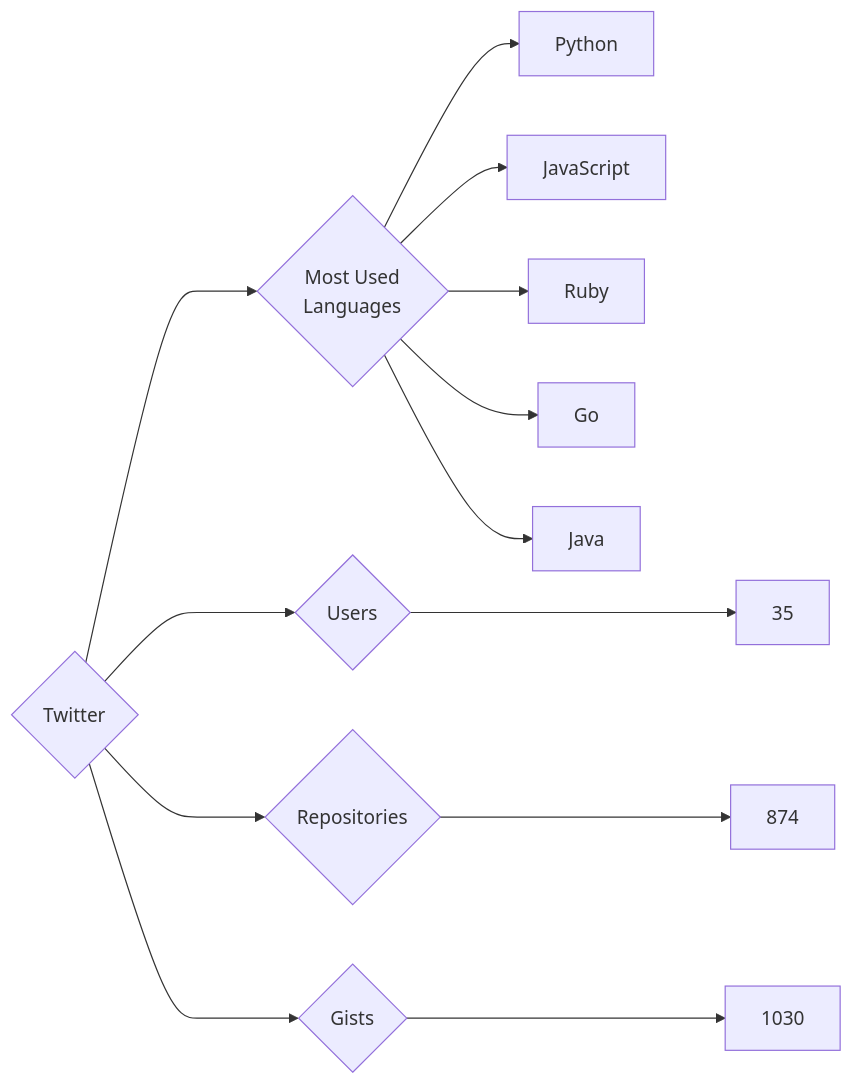
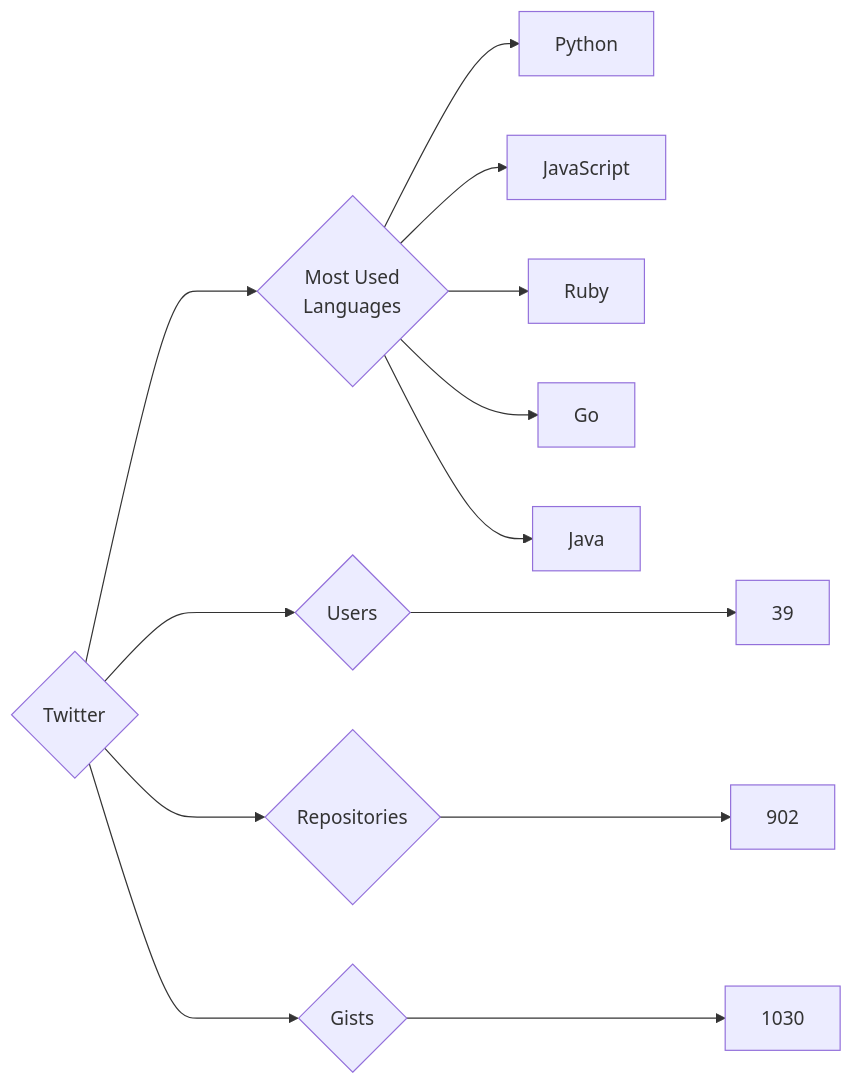
Before and after one commit to trickest/insiders: the diagram in targets/Twitter/README.md, drawn with Mermaid. The commit also changed 677 other files, not shown here.

````diff
--- a/targets/Twitter/README.md
+++ b/targets/Twitter/README.md
@@ -3,13 +3,13 @@
 ```mermaid
 graph LR
 COMPANY_NAME{Twitter}
-COMPANY_NAME ---> U{Users} ---> UN[35]
-COMPANY_NAME ---> R{Repositories} ---> RN[874]
+COMPANY_NAME ---> U{Users} ---> UN[39]
+COMPANY_NAME ---> R{Repositories} ---> RN[902]
 COMPANY_NAME ---> G{Gists} ---> GN[1030]
 COMPANY_NAME ---> ML{Most Used<br>Languages}
 ML --> Python[Python]
 ML --> JavaScript[JavaScript]
 ML --> Ruby[Ruby]
 ML --> Go[Go]
 ML --> Java[Java]
 ```
````
